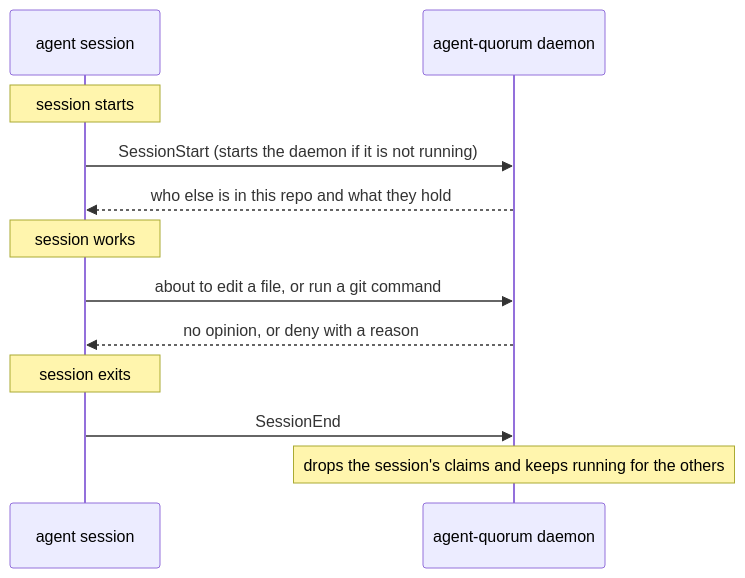
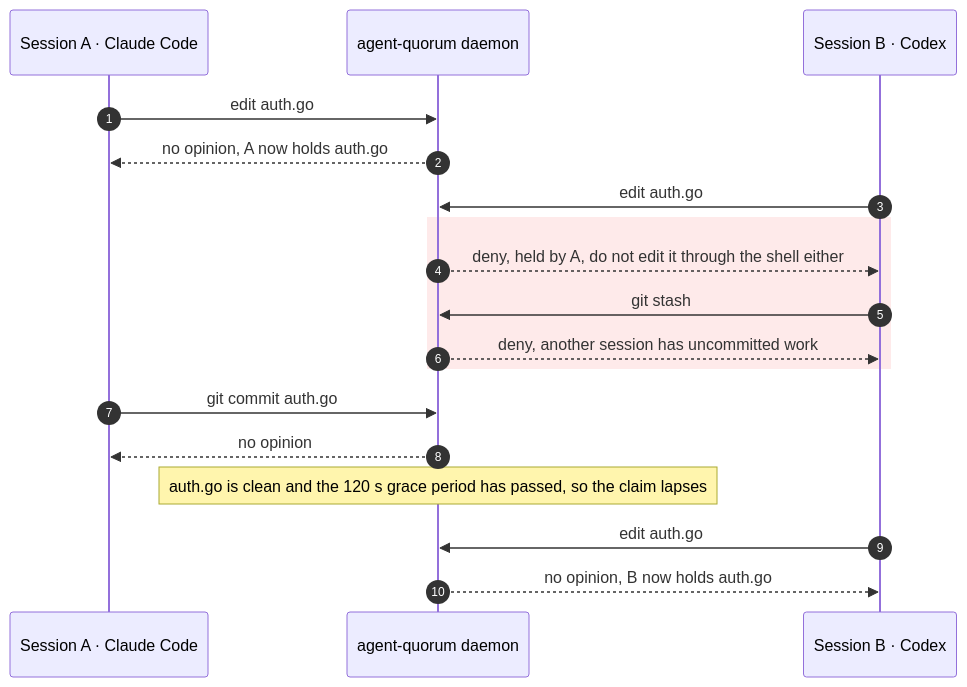
Before and after one commit to ChristopherLiew/agent-quorum: the diagram in README.md, drawn with Mermaid. The commit also changed other lines of this file and 28 other files, not shown here.

````diff
--- a/README.md
+++ b/README.md
@@ -88,14 +237,20 @@
 ```mermaid
 sequenceDiagram
-  participant C as agent session
-  participant D as agent-quorum daemon
-  Note over C: session starts
-  C->>D: SessionStart (starts the daemon if it is not running)
-  D-->>C: who else is in this repo and what they hold
-  Note over C: session works
-  C->>D: about to edit a file, or run a git command
-  D-->>C: no opinion, or deny with a reason
-  Note over C: session exits
-  C->>D: SessionEnd
-  Note over D: drops the session's claims and keeps running for the others
+  autonumber
+  participant A as Session A · Claude Code
+  participant Q as agent-quorum daemon
+  participant B as Session B · Codex
+  A->>Q: edit auth.go
+  Q-->>A: no opinion, A now holds auth.go
+  B->>Q: edit auth.go
+  rect rgba(248, 113, 113, 0.15)
+  Q-->>B: deny, held by A, do not edit it through the shell either
+  B->>Q: git stash
+  Q-->>B: deny, another session has uncommitted work
+  end
+  A->>Q: git commit auth.go
+  Q-->>A: no opinion
+  Note over Q: auth.go is clean and the 120 s grace period has passed, so the claim lapses
+  B->>Q: edit auth.go
+  Q-->>B: no opinion, B now holds auth.go
 ```
````
